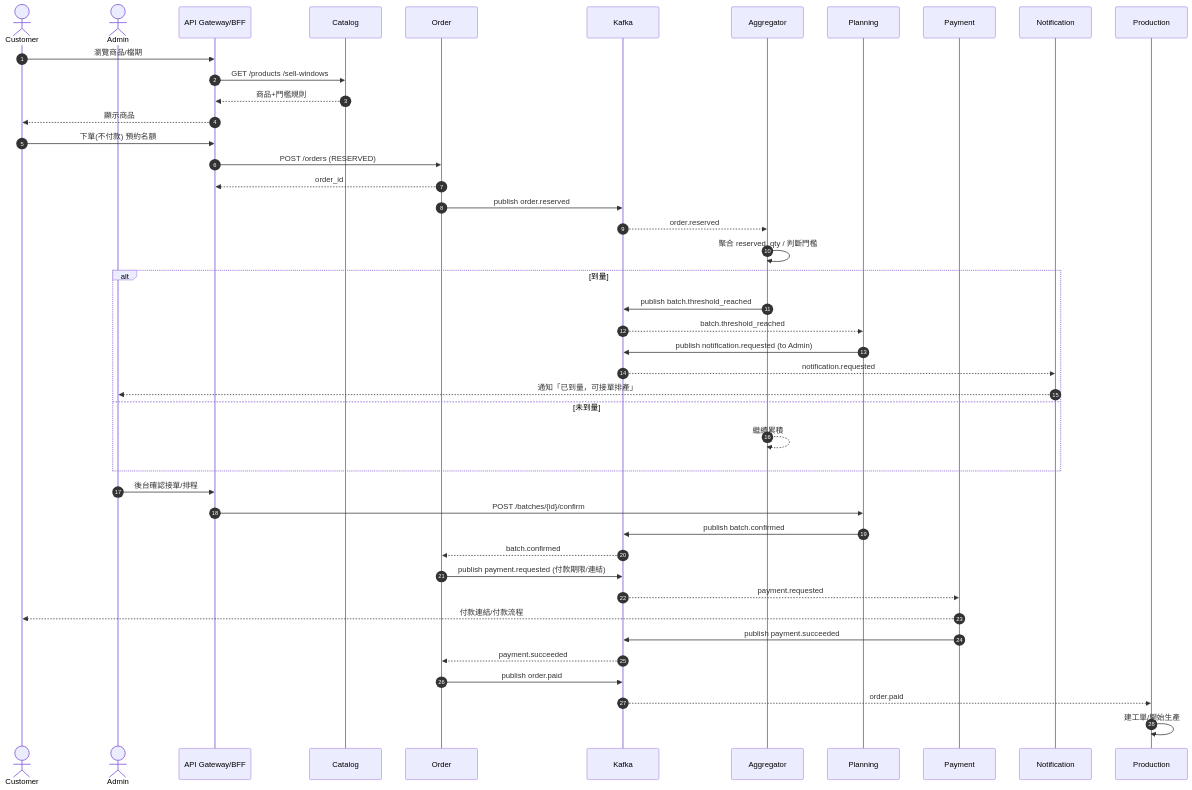
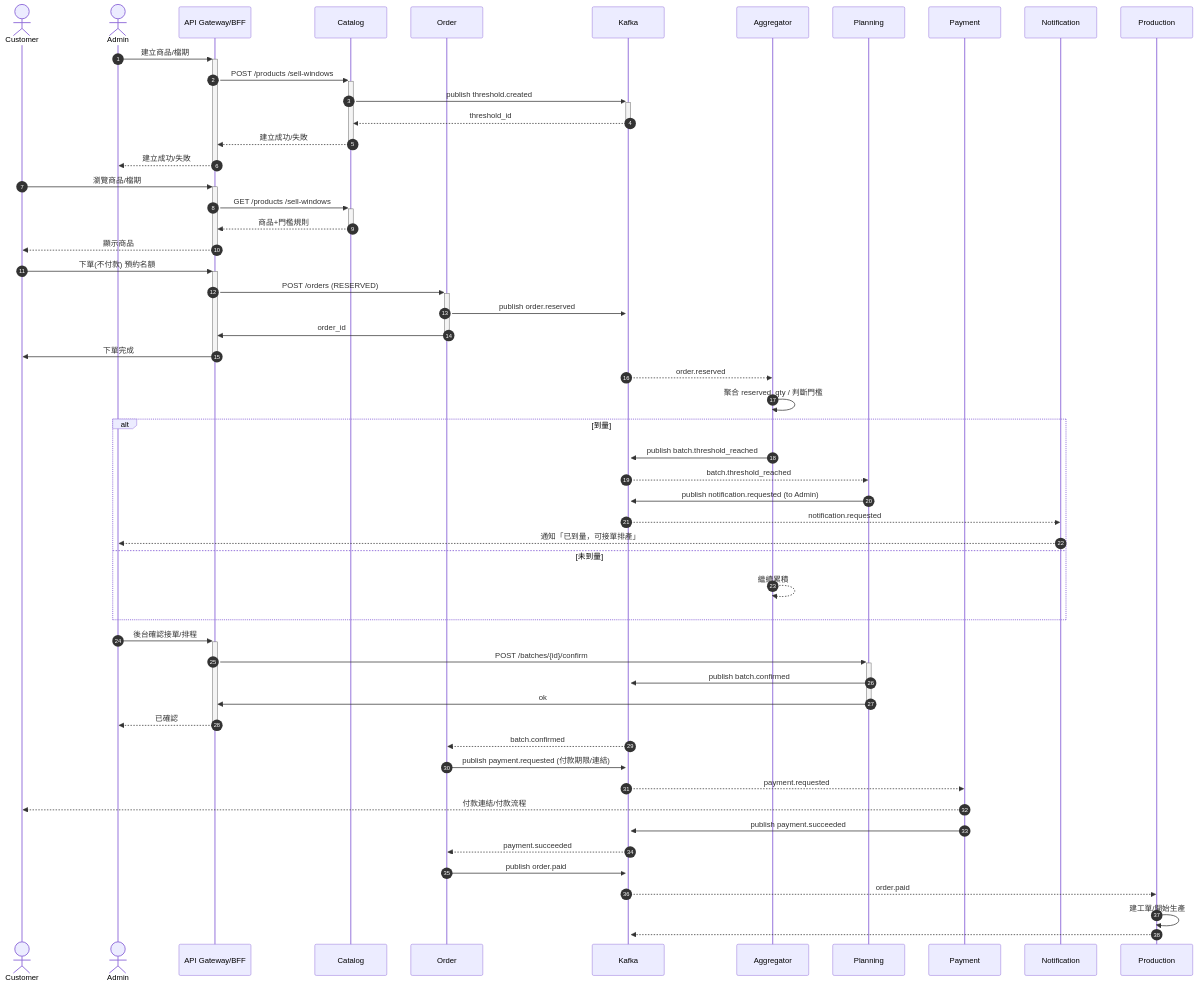
Before and after one commit to wayne2743/merdeleine-commerce: the first of 2 diagrams in docs/Sequence Diagram/order_product_to_production.md, drawn with Mermaid.

Commit message:
update sequence diagram

````diff
--- a/docs/Sequence Diagram/order_product_to_production.md
+++ b/docs/Sequence Diagram/order_product_to_production.md
@@ -3,55 +3,66 @@
 ```mermaid
 sequenceDiagram
   autonumber
   actor Customer
   actor Admin
   participant GW as API Gateway/BFF
   participant CAT as Catalog
   participant ORD as Order
   participant K as Kafka
   participant AGG as Aggregator
   participant PLN as Planning
   participant PAY as Payment
   participant NOTI as Notification
   participant PRD as Production
 
-  Customer->>GW: 瀏覽商品/檔期
-  GW->>CAT: GET /products /sell-windows
-  CAT-->>GW: 商品+門檻規則
-  GW-->>Customer: 顯示商品
+  Admin->>+GW: 建立商品/檔期
+  GW->>+CAT: POST /products /sell-windows
+  CAT->>+K: publish threshold.created
+  K-->>-CAT: threshold_id
+  CAT-->>-GW: 建立成功/失敗
+  GW-->>-Admin: 建立成功/失敗
 
-  Customer->>GW: 下單(不付款) 預約名額
-  GW->>ORD: POST /orders (RESERVED)
-  ORD-->>GW: order_id
-  ORD->>K: publish order.reserved
+  Customer->>+GW: 瀏覽商品/檔期
+  GW->>+CAT: GET /products /sell-windows
+  CAT-->>-GW: 商品+門檻規則
+  GW-->>-Customer: 顯示商品
+
+  Customer->>+GW: 下單(不付款) 預約名額
+  GW->>+ORD: POST /orders (RESERVED)
+  ORD->>+K: publish order.reserved
+  ORD->>-GW: order_id
+  GW->>-Customer: 下單完成
 
   K-->>AGG: order.reserved
   AGG->>AGG: 聚合 reserved_qty / 判斷門檻
   alt 到量
     AGG->>K: publish batch.threshold_reached
     K-->>PLN: batch.threshold_reached
     PLN->>K: publish notification.requested (to Admin)
     K-->>NOTI: notification.requested
     NOTI-->>Admin: 通知「已到量，可接單排產」
   else 未到量
     AGG-->>AGG: 繼續累積
   end
 
-  Admin->>GW: 後台確認接單/排程
-  GW->>PLN: POST /batches/{id}/confirm
+  Admin->>+GW: 後台確認接單/排程
+  GW->>+PLN: POST /batches/{id}/confirm
   PLN->>K: publish batch.confirmed
+  PLN->>-GW: ok
+  GW-->>-Admin: 已確認
 
   K-->>ORD: batch.confirmed
   ORD->>K: publish payment.requested (付款期限/連結)
 
   K-->>PAY: payment.requested
   PAY-->>Customer: 付款連結/付款流程
   PAY->>K: publish payment.succeeded
 
   K-->>ORD: payment.succeeded
   ORD->>K: publish order.paid
 
   K-->>PRD: order.paid
   PRD->>PRD: 建工單/開始生產
+  PRD-->>K:
 
 ```
````
